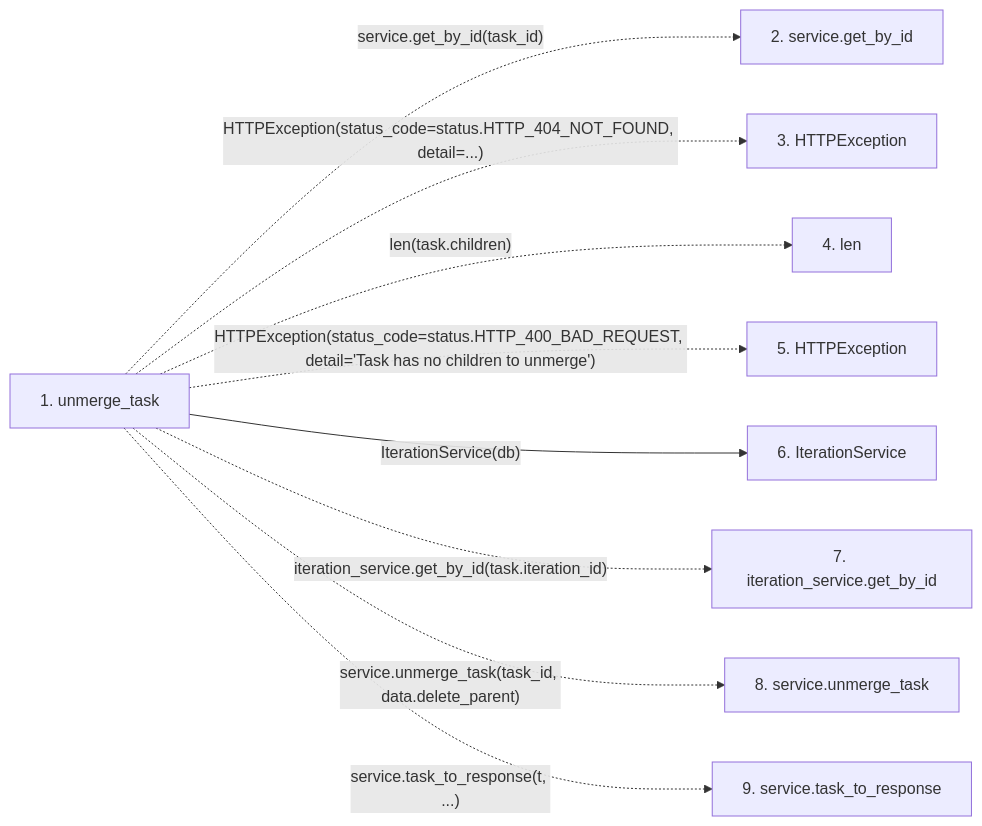
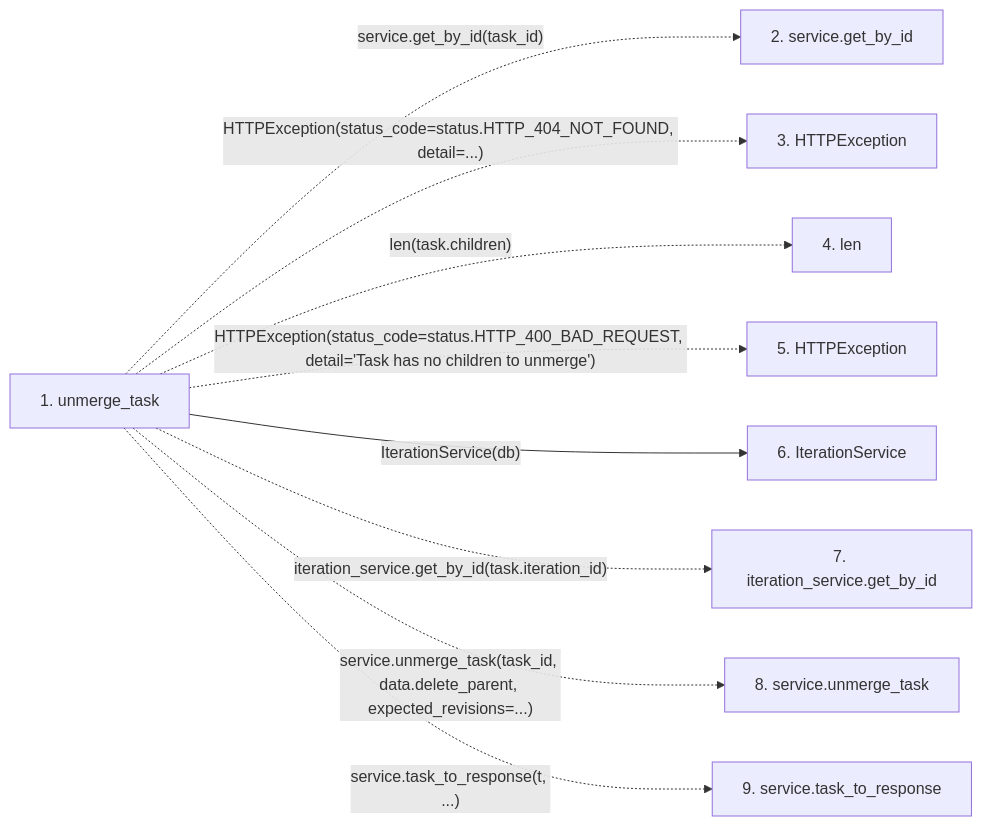
One commit to Denissvgn/WorkChord changed the second of 2 diagrams in docs/llm_wiki/flows/http-unmerge_task.md. Above: the diagram before and after it, drawn with Mermaid. The commit also changed other lines of this file and 958 other files, not shown here.

First line of the commit message:
docs(wiki): refresh identity and recovery architecture

````diff
--- a/docs/llm_wiki/flows/http-unmerge_task.md
+++ b/docs/llm_wiki/flows/http-unmerge_task.md
@@ -33,22 +33,22 @@
 ```mermaid
 flowchart LR
     s1["1. unmerge_task"]
     s2["2. service.get_by_id"]
     s3["3. HTTPException"]
     s4["4. len"]
     s5["5. HTTPException"]
     s6["6. IterationService"]
     s7["7. iteration_service.get_by_id"]
     s8["8. service.unmerge_task"]
     s9["9. service.task_to_response"]
     s1 -. "service.get_by_id(task_id)" .-> s2
     s1 -. "HTTPException(status_code=status.HTTP_404_NOT_FOUND, detail=...)" .-> s3
     s1 -. "len(task.children)" .-> s4
     s1 -. "HTTPException(status_code=status.HTTP_400_BAD_REQUEST, detail='Task has no children to unmerge')" .-> s5
     s1 -->|"IterationService(db)"| s6
     s1 -. "iteration_service.get_by_id(task.iteration_id)" .-> s7
-    s1 -. "service.unmerge_task(task_id, data.delete_parent)" .-> s8
+    s1 -. "service.unmerge_task(task_id, data.delete_parent, expected_revisions=...)" .-> s8
     s1 -. "service.task_to_response(t, ...)" .-> s9
     click s1 "../modules/tasks.md"
     click s6 "../modules/iteration_service.md"
 ```
````
